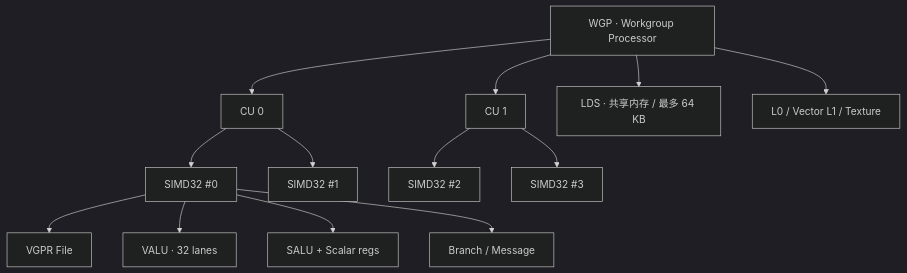
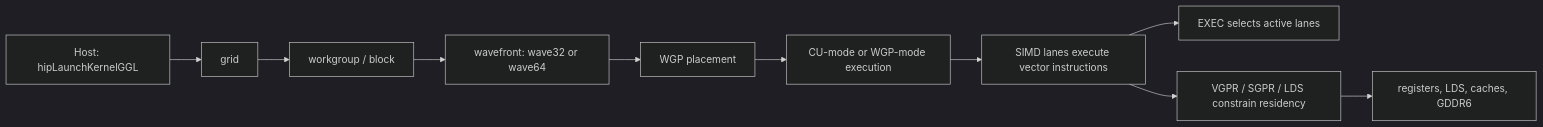
The first of 9 diagrams in docs/part0-intro/chapter2/index.md (Weihong-Liu/hello-gpu), drawn with Mermaid (dark theme) before and after one commit. The commit also changed other lines of this file and 21 other files, not shown here.

````diff
--- a/docs/part0-intro/chapter2/index.md
+++ b/docs/part0-intro/chapter2/index.md
@@ -59,16 +15,12 @@
 ```mermaid
-flowchart TB
-    WGP[WGP · Workgroup Processor]
-    WGP --> CU0[CU 0]
-    WGP --> CU1[CU 1]
-    CU0 --> S0[SIMD32 #0]
-    CU0 --> S1[SIMD32 #1]
-    CU1 --> S2[SIMD32 #2]
-    CU1 --> S3[SIMD32 #3]
-    S0 --> VR0[VGPR File]
-    S0 --> VALU0[VALU · 32 lanes]
-    S0 --> SALU0[SALU + Scalar regs]
-    S0 --> BR0[Branch / Message]
-    WGP --> LDS[LDS · 共享内存 / 最多 64 KB]
-    WGP --> L0[L0 / Vector L1 / Texture]
+flowchart LR
+    H[Host: hipLaunchKernelGGL] --> G[grid]
+    G --> WG[workgroup / block]
+    WG --> WF[wavefront: wave32 or wave64]
+    WF --> PL[WGP placement]
+    PL --> EX[CU-mode or WGP-mode execution]
+    EX --> SIMD[SIMD lanes execute vector instructions]
+    SIMD --> MASK[EXEC selects active lanes]
+    SIMD --> RES[VGPR / SGPR / LDS constrain residency]
+    RES --> MEM[registers, LDS, caches, GDDR6]
 ```
````
